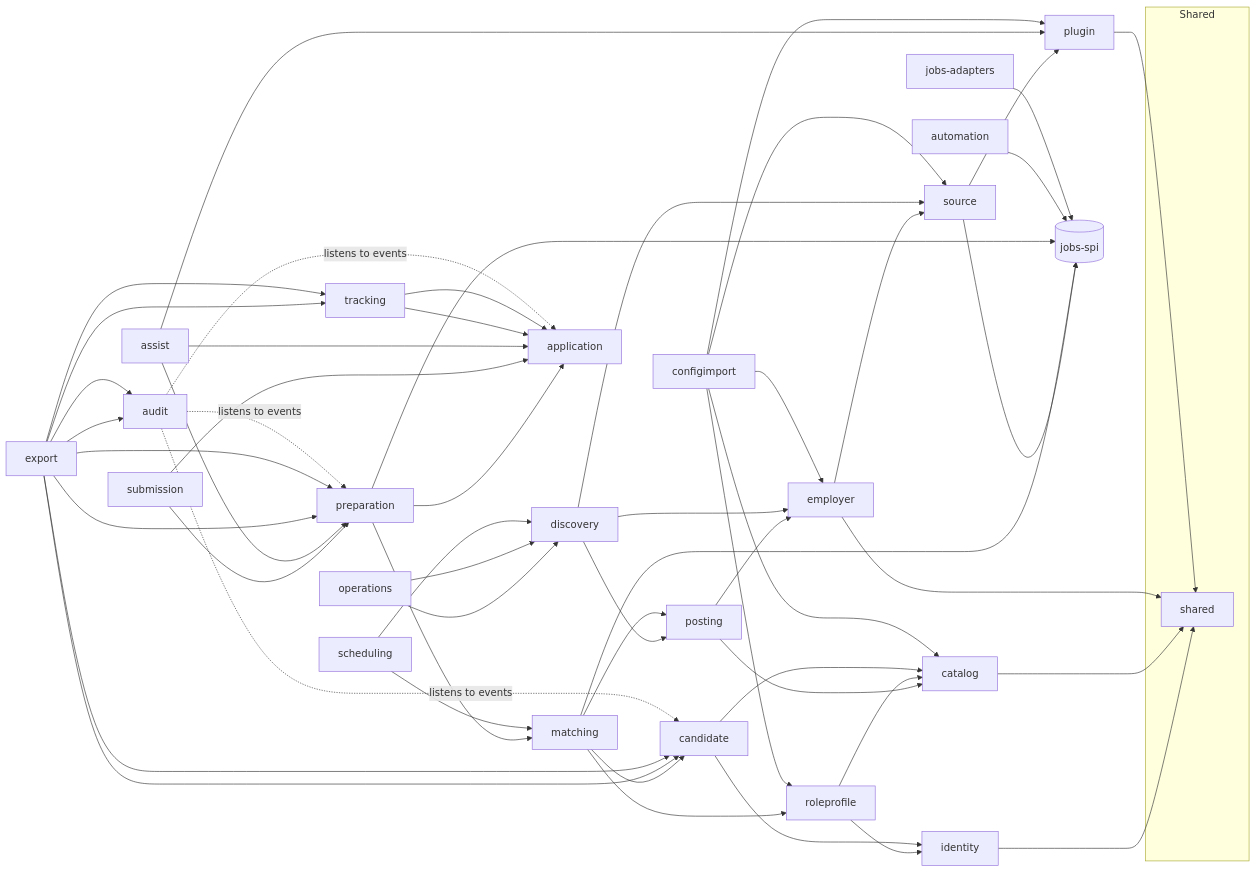
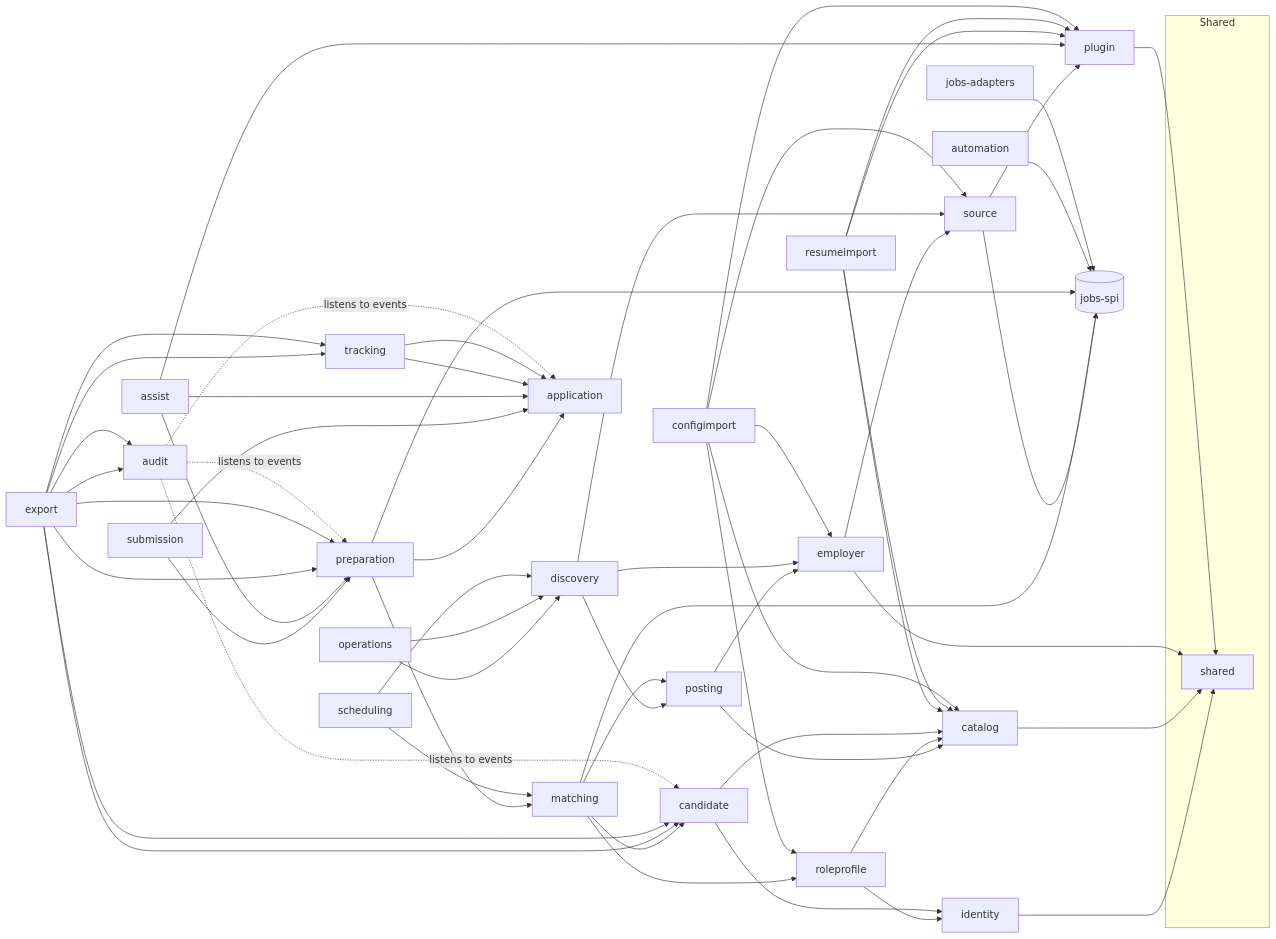
The first of 2 diagrams in docs/architecture/README.md (Darpan-Balar/JobsApply), drawn with Mermaid before and after one commit. The commit also changed other lines of this file and 50 other files, not shown here.

````diff
--- a/docs/architecture/README.md
+++ b/docs/architecture/README.md
@@ -99,59 +99,63 @@
 ```mermaid
 flowchart LR
   subgraph Shared
     shared
   end
   identity --> shared
   catalog --> shared
   employer --> shared
   employer --> source
   source --> plugin
   plugin --> shared
   posting --> employer
   posting --> catalog
   discovery --> source
   discovery --> employer
   discovery --> posting
   roleprofile --> catalog
   roleprofile --> identity
   candidate --> identity
   candidate --> catalog
   matching --> posting
   matching --> candidate
   matching --> roleprofile
   preparation --> matching
   preparation --> application
   submission --> preparation
   submission --> application
   assist --> application
   assist --> preparation
   assist --> plugin
   tracking --> application
   operations --> discovery
   export --> candidate
   export --> preparation
   export --> tracking
   export --> audit
+  resumeimport --> catalog
+  resumeimport --> plugin
   tracking --> application
   operations --> discovery
   export --> candidate
   export --> preparation
   export --> tracking
   export --> audit
+  resumeimport --> catalog
+  resumeimport --> plugin
   scheduling --> discovery
   scheduling --> matching
   configimport --> employer
   configimport --> plugin
   configimport --> source
   configimport --> roleprofile
   configimport --> catalog
   audit -. listens to events .-> application
   audit -. listens to events .-> preparation
   audit -. listens to events .-> candidate
   SPI[(jobs-spi)]
   source --> SPI
   matching --> SPI
   preparation --> SPI
   automation --> SPI
   ADP[jobs-adapters] --> SPI
 ```
````
